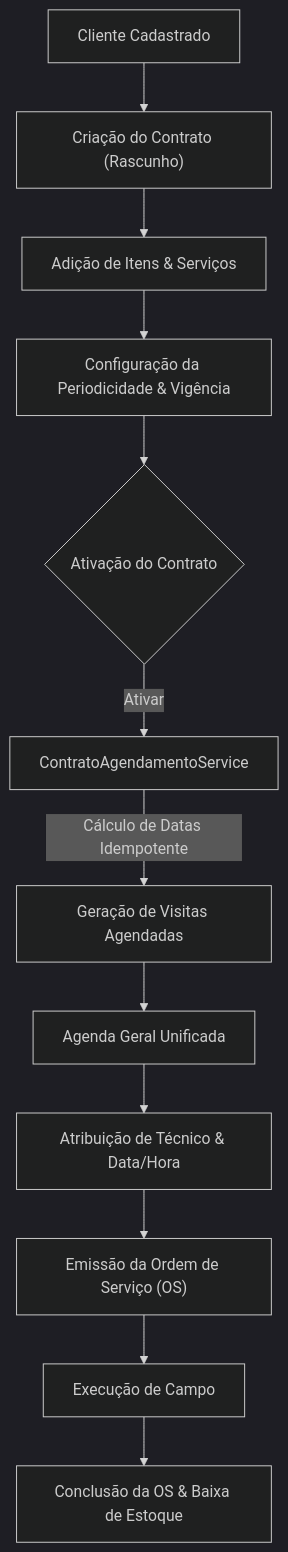
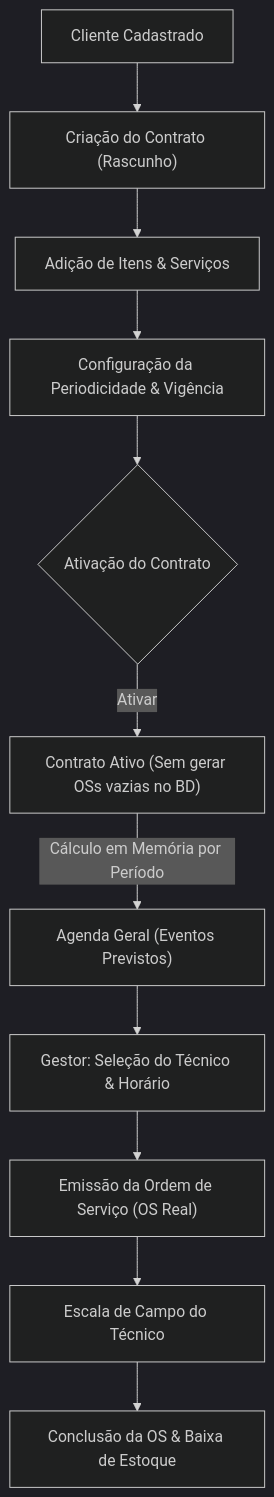
One commit to mhsilva555/erp-alaris changed the second of 7 diagrams in ARCHITECTURE.md. Above: the diagram before and after it, drawn with Mermaid (dark theme). The commit also changed 8 other files, not shown here.

Commit message:
Refatoração da criação de eventos na Agenda ao criar novo contrato

````diff
--- a/ARCHITECTURE.md
+++ b/ARCHITECTURE.md
@@ -294,14 +294,13 @@
 ```mermaid
 flowchart TD
     A["Cliente Cadastrado"] --> B["Criação do Contrato (Rascunho)"]
     B --> C["Adição de Itens & Serviços"]
     C --> D["Configuração da Periodicidade & Vigência"]
     D --> E{"Ativação do Contrato"}
-    E -->|Ativar| F["ContratoAgendamentoService"]
-    F -->|Cálculo de Datas Idempotente| G["Geração de Visitas Agendadas"]
-    G --> H["Agenda Geral Unificada"]
-    H --> I["Atribuição de Técnico & Data/Hora"]
-    I --> J["Emissão da Ordem de Serviço (OS)"]
-    J --> K["Execução de Campo"]
-    K --> L["Conclusão da OS & Baixa de Estoque"]
+    E -->|Ativar| F["Contrato Ativo (Sem gerar OSs vazias no BD)"]
+    F -->|Cálculo em Memória por Período| G["Agenda Geral (Eventos Previstos)"]
+    G --> H["Gestor: Seleção do Técnico & Horário"]
+    H --> I["Emissão da Ordem de Serviço (OS Real)"]
+    I --> J["Escala de Campo do Técnico"]
+    J --> K["Conclusão da OS & Baixa de Estoque"]
 ```
````
